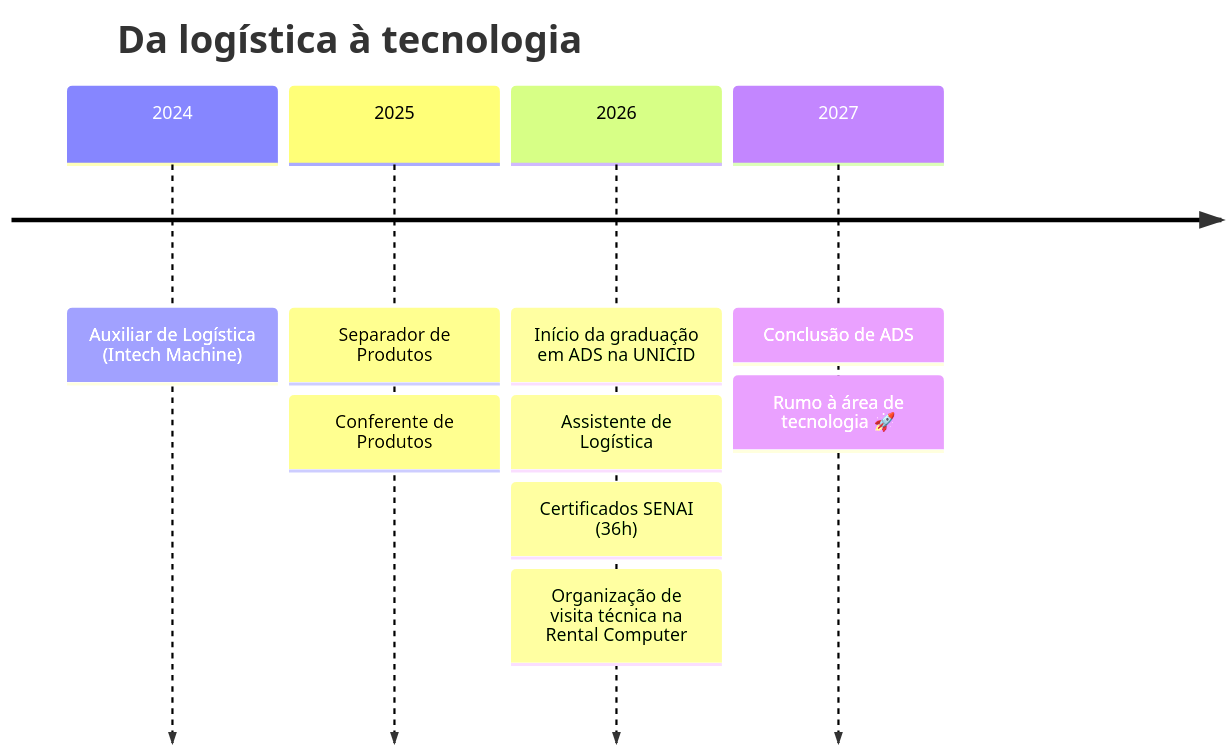
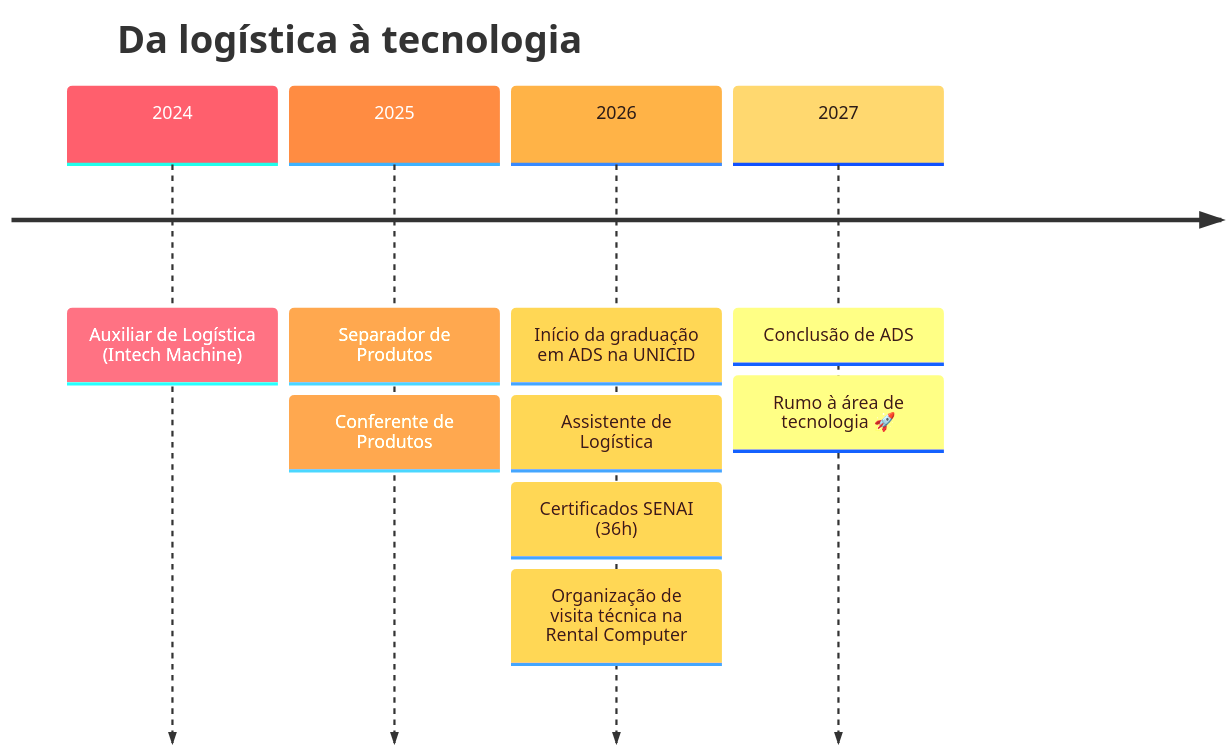
Before and after one commit to gabrieldesouza1830-cell/gabrieldesouza1830-cell: the diagram in README.md, drawn with Mermaid. The commit also changed other lines of this file, not shown here.

````diff
--- a/README.md
+++ b/README.md
@@ -71,13 +71,14 @@
 ```mermaid
+%%{init: {'theme': 'base', 'themeVariables': {'cScale0': '#FF5F6D', 'cScaleLabel0': '#ffffff', 'cScale1': '#FF8C42', 'cScaleLabel1': '#ffffff', 'cScale2': '#FFB347', 'cScaleLabel2': '#2B1B17', 'cScale3': '#FFD86F', 'cScaleLabel3': '#2B1B17'}}}%%
 timeline
     title Da logística à tecnologia
     2024 : Auxiliar de Logística (Intech Machine)
     2025 : Separador de Produtos
          : Conferente de Produtos
     2026 : Início da graduação em ADS na UNICID
          : Assistente de Logística
          : Certificados SENAI (36h)
          : Organização de visita técnica na Rental Computer
     2027 : Conclusão de ADS
          : Rumo à área de tecnologia 🚀
 ```
````
